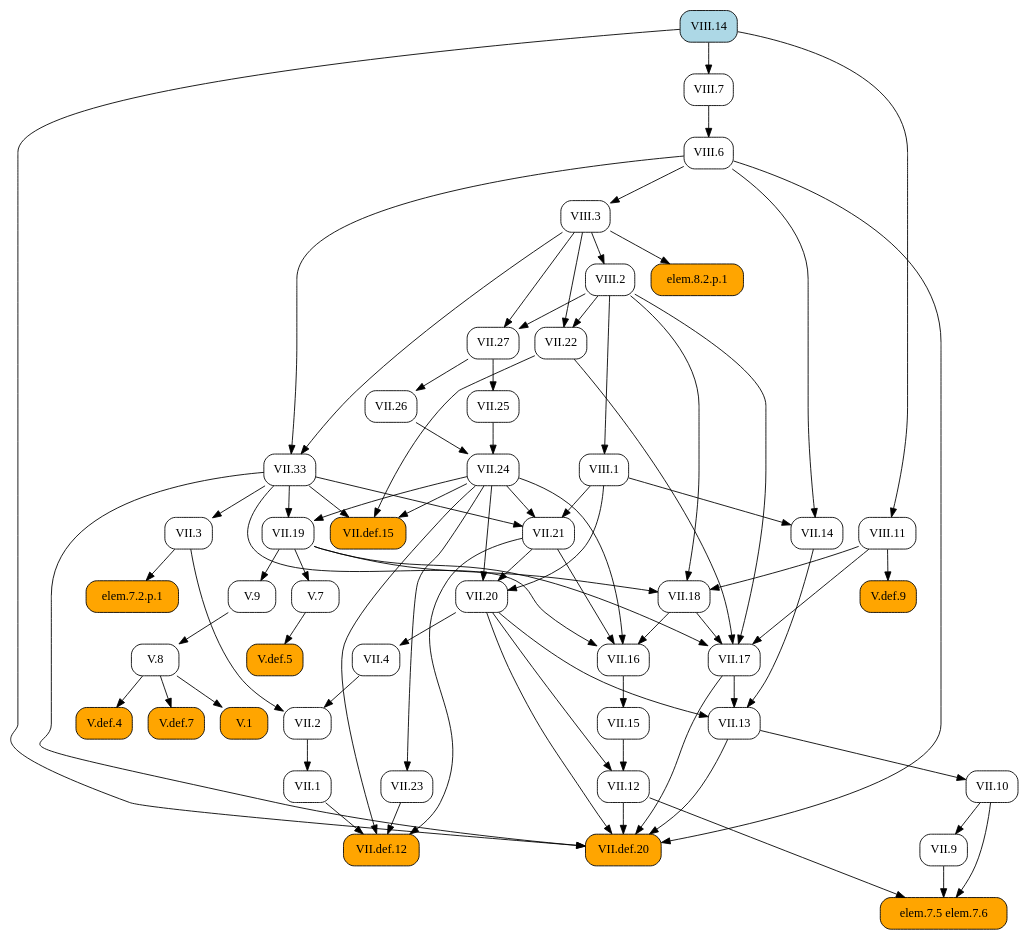
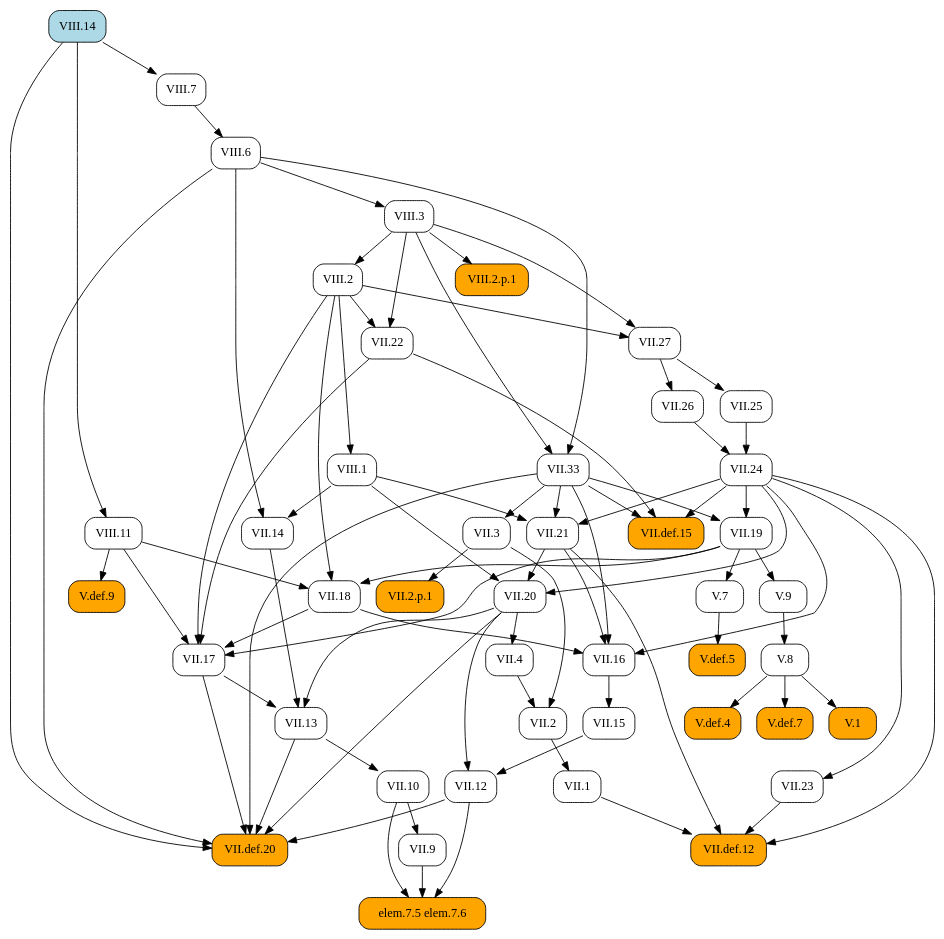
Before and after one commit to geometor/elements: the diagram in docsrc/heath/VIII/14/index.rst, drawn with Graphviz. The commit also changed 484 other files, not shown here.

```diff
--- a/docsrc/heath/VIII/14/index.rst
+++ b/docsrc/heath/VIII/14/index.rst
@@ -42,121 +42,88 @@
    digraph {
      rankdir="TB";
      node [shape=box, style=rounded];
-     "VII.1" [URL="/heath/VII/1/", target="_top"];
+     "VII.33" [URL="/heath/VII/33/", target="_top"];
+     "VII.12" [URL="/heath/VII/12/", target="_top"];
+     "VIII.6" [URL="/heath/VIII/6/", target="_top"];
+     "elem.7.5 elem.7.6" [style="rounded,filled", fillcolor=orange];
      "VII.9" [URL="/heath/VII/9/", target="_top"];
+     "VIII.2" [URL="/heath/VIII/2/", target="_top"];
+     "VII.18" [URL="/heath/VII/18/", target="_top"];
+     "VII.16" [URL="/heath/VII/16/", target="_top"];
+     "V.7" [URL="/heath/V/7/", target="_top"];
+     "VII.26" [URL="/heath/VII/26/", target="_top"];
      "V.def.5" [style="rounded,filled", fillcolor=orange, URL="/heath/V/def.5/", target="_top"];
-     "VII.3" [URL="/heath/VII/3/", target="_top"];
+     "V.9" [URL="/heath/V/9/", target="_top"];
+     "VII.10" [URL="/heath/VII/10/", target="_top"];
+     "VIII.3" [URL="/heath/VIII/3/", target="_top"];
+     "VII.13" [URL="/heath/VII/13/", target="_top"];
+     "VII.def.15" [style="rounded,filled", fillcolor=orange, URL="/heath/VII/def.15/", target="_top"];
+     "VIII.14" [style="rounded,filled", fillcolor=lightblue, URL="/heath/VIII/14/", target="_top"];
      "VII.17" [URL="/heath/VII/17/", target="_top"];
-     "elem.7.5 elem.7.6" [style="rounded,filled", fillcolor=orange];
-     "V.7" [URL="/heath/V/7/", target="_top"];
-     "V.9" [URL="/heath/V/9/", target="_top"];
-     "VII.13" [URL="/heath/VII/13/", target="_top"];
-     "VII.2" [URL="/heath/VII/2/", target="_top"];
-     "VIII.1" [URL="/heath/VIII/1/", target="_top"];
-     "VIII.2" [URL="/heath/VIII/2/", target="_top"];
-     "VII.12" [URL="/heath/VII/12/", target="_top"];
-     "VIII.14" [style="rounded,filled", fillcolor=lightblue, URL="/heath/VIII/14/", target="_top"];
-     "VIII.6" [URL="/heath/VIII/6/", target="_top"];
-     "VII.24" [URL="/heath/VII/24/", target="_top"];
-     "VII.def.12" [style="rounded,filled", fillcolor=orange, URL="/heath/VII/def.12/", target="_top"];
-     "V.8" [URL="/heath/V/8/", target="_top"];
-     "VII.33" [URL="/heath/VII/33/", target="_top"];
-     "V.def.9" [style="rounded,filled", fillcolor=orange, URL="/heath/V/def.9/", target="_top"];
-     "elem.7.2.p.1" [style="rounded,filled", fillcolor=orange];
-     "VIII.7" [URL="/heath/VIII/7/", target="_top"];
-     "VII.10" [URL="/heath/VII/10/", target="_top"];
-     "VII.def.15" [style="rounded,filled", fillcolor=orange, URL="/heath/VII/def.15/", target="_top"];
-     "VII.18" [URL="/heath/VII/18/", target="_top"];
      "VII.19" [URL="/heath/VII/19/", target="_top"];
      "VIII.11" [URL="/heath/VIII/11/", target="_top"];
-     "VII.16" [URL="/heath/VII/16/", target="_top"];
-     "VII.26" [URL="/heath/VII/26/", target="_top"];
-     "VII.4" [URL="/heath/VII/4/", target="_top"];
-     "VII.25" [URL="/heath/VII/25/", target="_top"];
-     "VII.21" [URL="/heath/VII/21/", target="_top"];
-     "V.1" [style="rounded,filled", fillcolor=orange, URL="/heath/V/1/", target="_top"];
-     "VII.20" [URL="/heath/VII/20/", target="_top"];
+     "VIII.2.p.1" [style="rounded,filled", fillcolor=orange];
+     "VII.def.20" [style="rounded,filled", fillcolor=orange, URL="/heath/VII/def.20/", target="_top"];
+     "VII.2" [URL="/heath/VII/2/", target="_top"];
+     "VII.15" [URL="/heath/VII/15/", target="_top"];
+     "VII.2.p.1" [style="rounded,filled", fillcolor=orange];
+     "V.def.4" [style="rounded,filled", fillcolor=orange, URL="/heath/V/def.4/", target="_top"];
+     "VIII.7" [URL="/heath/VIII/7/", target="_top"];
+     "V.def.7" [style="rounded,filled", fillcolor=orange, URL="/heath/V/def.7/", target="_top"];
      "VII.14" [URL="/heath/VII/14/", target="_top"];
      "VII.27" [URL="/heath/VII/27/", target="_top"];
-     "VIII.3" [URL="/heath/VIII/3/", target="_top"];
-     "V.def.4" [style="rounded,filled", fillcolor=orange, URL="/heath/V/def.4/", target="_top"];
+     "VII.21" [URL="/heath/VII/21/", target="_top"];
      "VII.22" [URL="/heath/VII/22/", target="_top"];
-     "V.def.7" [style="rounded,filled", fillcolor=orange, URL="/heath/V/def.7/", target="_top"];
+     "VII.25" [URL="/heath/VII/25/", target="_top"];
+     "VIII.1" [URL="/heath/VIII/1/", target="_top"];
+     "VII.1" [URL="/heath/VII/1/", target="_top"];
+     "V.8" [URL="/heath/V/8/", target="_top"];
      "VII.23" [URL="/heath/VII/23/", target="_top"];
-     "VII.15" [URL="/heath/VII/15/", target="_top"];
-     "VII.def.20" [style="rounded,filled", fillcolor=orange, URL="/heath/VII/def.20/", target="_top"];
-     "elem.8.2.p.1" [style="rounded,filled", fillcolor=orange];
-     "VII.2" -> "VII.1";
+     "VII.4" [URL="/heath/VII/4/", target="_top"];
+     "VII.def.12" [style="rounded,filled", fillcolor=orange, URL="/heath/VII/def.12/", target="_top"];
+     "V.1" [style="rounded,filled", fillcolor=orange, URL="/heath/V/1/", target="_top"];
+     "V.def.9" [style="rounded,filled", fillcolor=orange, URL="/heath/V/def.9/", target="_top"];
+     "VII.3" [URL="/heath/VII/3/", target="_top"];
+     "VII.24" [URL="/heath/VII/24/", target="_top"];
+     "VII.20" [URL="/heath/VII/20/", target="_top"];
+     "VIII.3" -> "VII.33";
+     "VIII.6" -> "VII.33";
+     "VII.15" -> "VII.12";
+     "VII.20" -> "VII.12";
+     "VIII.7" -> "VIII.6";
+     "VII.9" -> "elem.7.5 elem.7.6";
+     "VII.10" -> "elem.7.5 elem.7.6";
+     "VII.12" -> "elem.7.5 elem.7.6";
      "VII.10" -> "VII.9";
+     "VIII.3" -> "VIII.2";
+     "VII.19" -> "VII.18";
+     "VIII.2" -> "VII.18";
+     "VIII.11" -> "VII.18";
+     "VII.18" -> "VII.16";
+     "VII.21" -> "VII.16";
+     "VII.24" -> "VII.16";
+     "VII.33" -> "VII.16";
+     "VII.19" -> "V.7";
+     "VII.27" -> "VII.26";
      "V.7" -> "V.def.5";
-     "VII.33" -> "VII.3";
+     "VII.19" -> "V.9";
+     "VII.13" -> "VII.10";
+     "VIII.6" -> "VIII.3";
+     "VII.14" -> "VII.13";
+     "VII.17" -> "VII.13";
+     "VII.20" -> "VII.13";
+     "VII.22" -> "VII.def.15";
+     "VII.24" -> "VII.def.15";
+     "VII.33" -> "VII.def.15";
      "VII.18" -> "VII.17";
      "VII.19" -> "VII.17";
      "VII.22" -> "VII.17";
      "VIII.2" -> "VII.17";
      "VIII.11" -> "VII.17";
-     "VII.9" -> "elem.7.5 elem.7.6";
-     "VII.10" -> "elem.7.5 elem.7.6";
-     "VII.12" -> "elem.7.5 elem.7.6";
-     "VII.19" -> "V.7";
-     "VII.19" -> "V.9";
-     "VII.14" -> "VII.13";
-     "VII.17" -> "VII.13";
-     "VII.20" -> "VII.13";
-     "VII.3" -> "VII.2";
-     "VII.4" -> "VII.2";
-     "VIII.2" -> "VIII.1";
-     "VIII.3" -> "VIII.2";
-     "VII.15" -> "VII.12";
-     "VII.20" -> "VII.12";
-     "VIII.7" -> "VIII.6";
-     "VII.25" -> "VII.24";
-     "VII.26" -> "VII.24";
-     "VII.1" -> "VII.def.12";
-     "VII.21" -> "VII.def.12";
-     "VII.23" -> "VII.def.12";
-     "VII.24" -> "VII.def.12";
-     "V.9" -> "V.8";
-     "VIII.3" -> "VII.33";
-     "VIII.6" -> "VII.33";
-     "VIII.11" -> "V.def.9";
-     "VII.3" -> "elem.7.2.p.1";
-     "VIII.14" -> "VIII.7";
-     "VII.13" -> "VII.10";
-     "VII.22" -> "VII.def.15";
-     "VII.24" -> "VII.def.15";
-     "VII.33" -> "VII.def.15";
-     "VII.19" -> "VII.18";
-     "VIII.2" -> "VII.18";
-     "VIII.11" -> "VII.18";
      "VII.24" -> "VII.19";
      "VII.33" -> "VII.19";
      "VIII.14" -> "VIII.11";
-     "VII.18" -> "VII.16";
-     "VII.21" -> "VII.16";
-     "VII.24" -> "VII.16";
-     "VII.33" -> "VII.16";
-     "VII.27" -> "VII.26";
-     "VII.20" -> "VII.4";
-     "VII.27" -> "VII.25";
-     "VII.24" -> "VII.21";
-     "VII.33" -> "VII.21";
-     "VIII.1" -> "VII.21";
-     "V.8" -> "V.1";
-     "VII.21" -> "VII.20";
-     "VII.24" -> "VII.20";
-     "VIII.1" -> "VII.20";
-     "VIII.1" -> "VII.14";
-     "VIII.6" -> "VII.14";
-     "VIII.2" -> "VII.27";
-     "VIII.3" -> "VII.27";
-     "VIII.6" -> "VIII.3";
-     "V.8" -> "V.def.4";
-     "VIII.2" -> "VII.22";
-     "VIII.3" -> "VII.22";
-     "V.8" -> "V.def.7";
-     "VII.24" -> "VII.23";
-     "VII.16" -> "VII.15";
+     "VIII.3" -> "VIII.2.p.1";
      "VII.12" -> "VII.def.20";
      "VII.13" -> "VII.def.20";
      "VII.17" -> "VII.def.20";
@@ -164,5 +131,38 @@
      "VII.33" -> "VII.def.20";
      "VIII.6" -> "VII.def.20";
      "VIII.14" -> "VII.def.20";
-     "VIII.3" -> "elem.8.2.p.1";
+     "VII.3" -> "VII.2";
+     "VII.4" -> "VII.2";
+     "VII.16" -> "VII.15";
+     "VII.3" -> "VII.2.p.1";
+     "V.8" -> "V.def.4";
+     "VIII.14" -> "VIII.7";
+     "V.8" -> "V.def.7";
+     "VIII.1" -> "VII.14";
+     "VIII.6" -> "VII.14";
+     "VIII.2" -> "VII.27";
+     "VIII.3" -> "VII.27";
+     "VII.24" -> "VII.21";
+     "VII.33" -> "VII.21";
+     "VIII.1" -> "VII.21";
+     "VIII.2" -> "VII.22";
+     "VIII.3" -> "VII.22";
+     "VII.27" -> "VII.25";
+     "VIII.2" -> "VIII.1";
+     "VII.2" -> "VII.1";
+     "V.9" -> "V.8";
+     "VII.24" -> "VII.23";
+     "VII.20" -> "VII.4";
+     "VII.1" -> "VII.def.12";
+     "VII.21" -> "VII.def.12";
+     "VII.23" -> "VII.def.12";
+     "VII.24" -> "VII.def.12";
+     "V.8" -> "V.1";
+     "VIII.11" -> "V.def.9";
+     "VII.33" -> "VII.3";
+     "VII.25" -> "VII.24";
+     "VII.26" -> "VII.24";
+     "VII.21" -> "VII.20";
+     "VII.24" -> "VII.20";
+     "VIII.1" -> "VII.20";
    }
```
